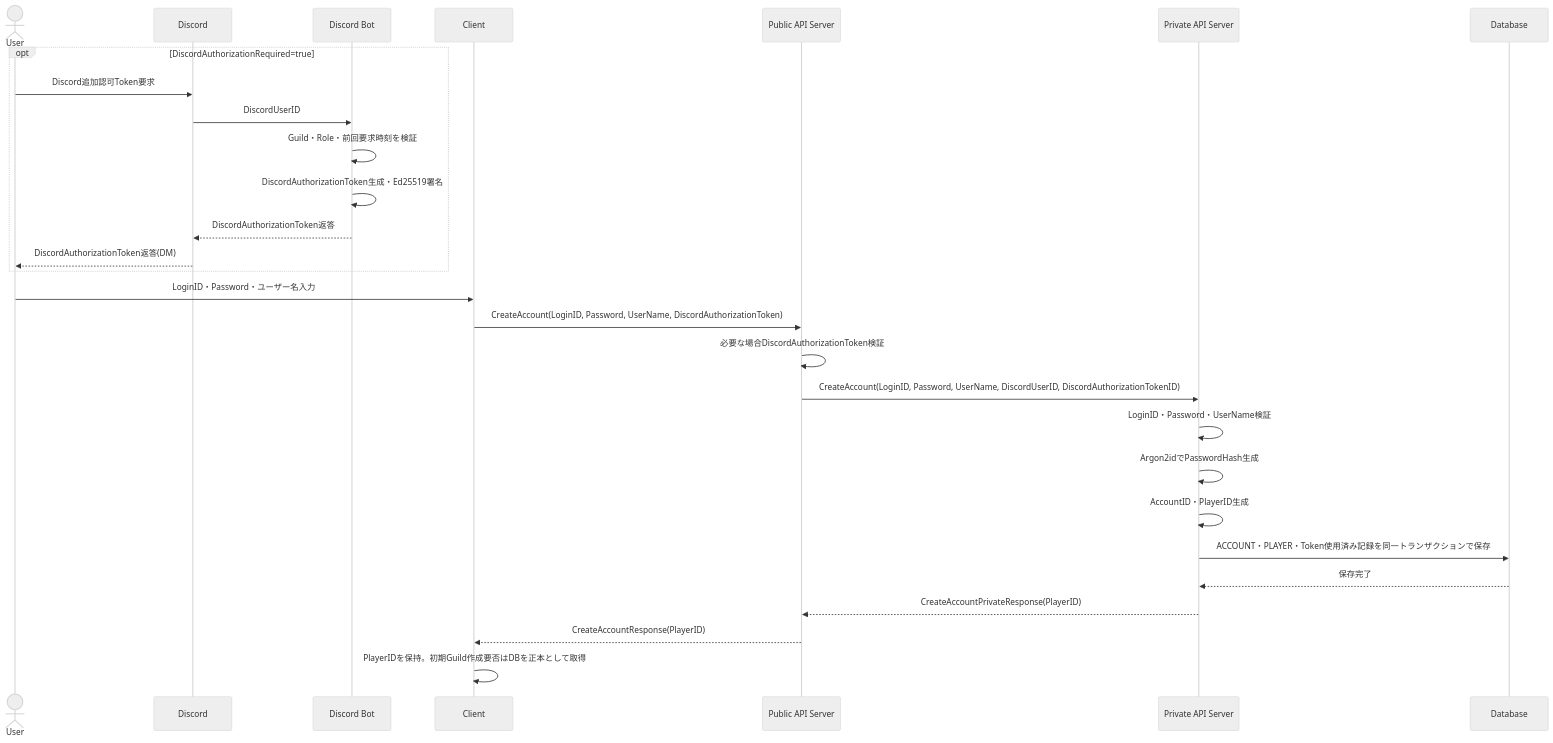
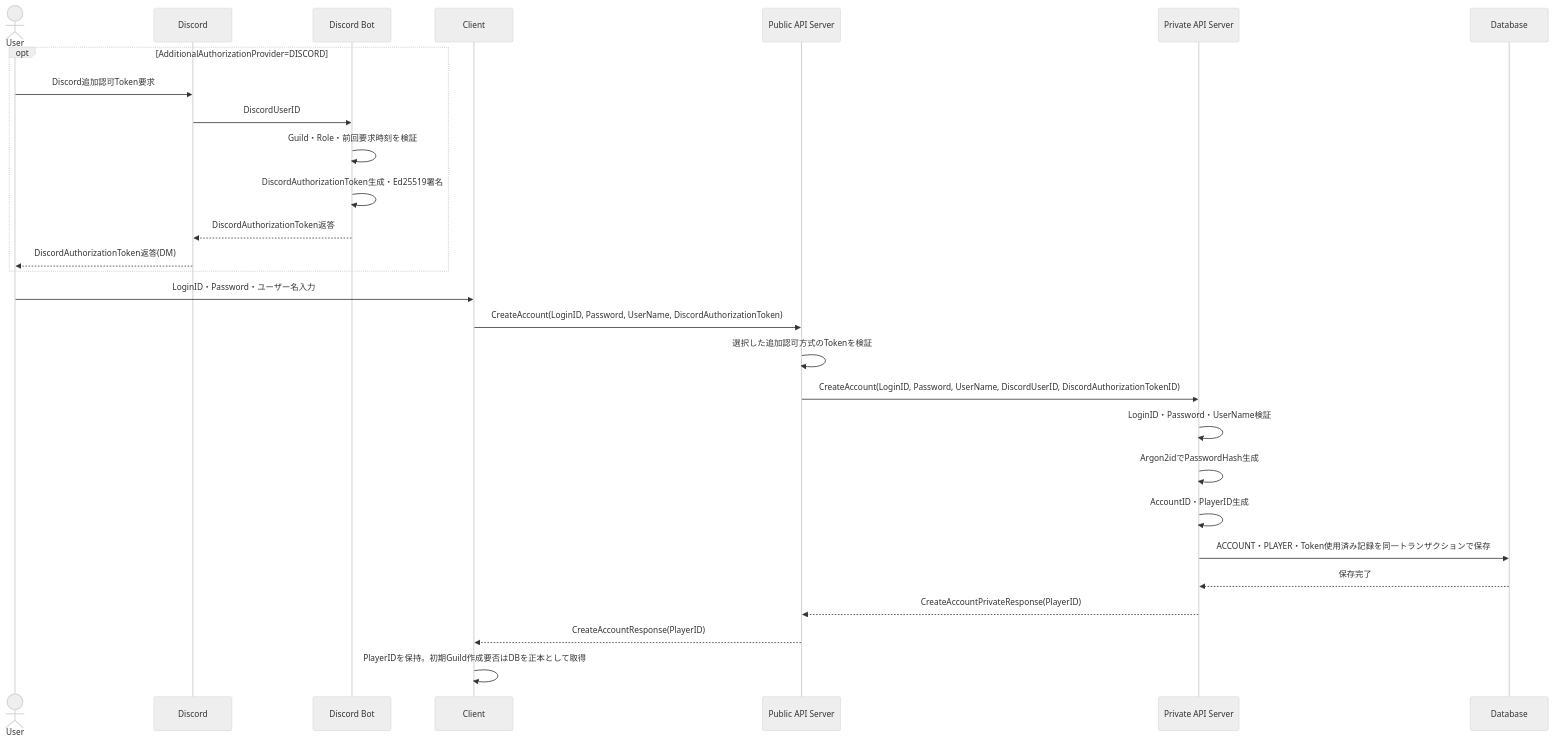
Before and after one commit to ReHydrangeaOdyssey/Specifications: the first of 4 diagrams in design/server/session.md, drawn with Mermaid (neutral theme). The commit also changed other lines of this file and 28 other files, not shown here.

````diff
--- a/design/server/session.md
+++ b/design/server/session.md
@@ -134,32 +151,32 @@
 ```mermaid
 sequenceDiagram
     actor User
     participant Discord
     participant DiscordBot as Discord Bot
     participant Client
     participant PublicAPIServer as Public API Server
     participant PrivateAPIServer as Private API Server
     participant Database
 
-    opt DiscordAuthorizationRequired=true
+    opt AdditionalAuthorizationProvider=DISCORD
         User->>Discord: Discord追加認可Token要求
         Discord->>DiscordBot: DiscordUserID
         DiscordBot->>DiscordBot: Guild・Role・前回要求時刻を検証
         DiscordBot->>DiscordBot: DiscordAuthorizationToken生成・Ed25519署名
         DiscordBot-->>Discord: DiscordAuthorizationToken返答
         Discord-->>User: DiscordAuthorizationToken返答(DM)
     end
 
     User->>Client: LoginID・Password・ユーザー名入力
     Client->>PublicAPIServer: CreateAccount(LoginID, Password, UserName, DiscordAuthorizationToken)
-    PublicAPIServer->>PublicAPIServer: 必要な場合DiscordAuthorizationToken検証
+    PublicAPIServer->>PublicAPIServer: 選択した追加認可方式のTokenを検証
     PublicAPIServer->>PrivateAPIServer: CreateAccount(LoginID, Password, UserName, DiscordUserID, DiscordAuthorizationTokenID)
     PrivateAPIServer->>PrivateAPIServer: LoginID・Password・UserName検証
     PrivateAPIServer->>PrivateAPIServer: Argon2idでPasswordHash生成
     PrivateAPIServer->>PrivateAPIServer: AccountID・PlayerID生成
     PrivateAPIServer->>Database: ACCOUNT・PLAYER・Token使用済み記録を同一トランザクションで保存
     Database-->>PrivateAPIServer: 保存完了
     PrivateAPIServer-->>PublicAPIServer: CreateAccountPrivateResponse(PlayerID)
     PublicAPIServer-->>Client: CreateAccountResponse(PlayerID)
     Client->>Client: PlayerIDを保持。初期Guild作成要否はDBを正本として取得
 ```
````
